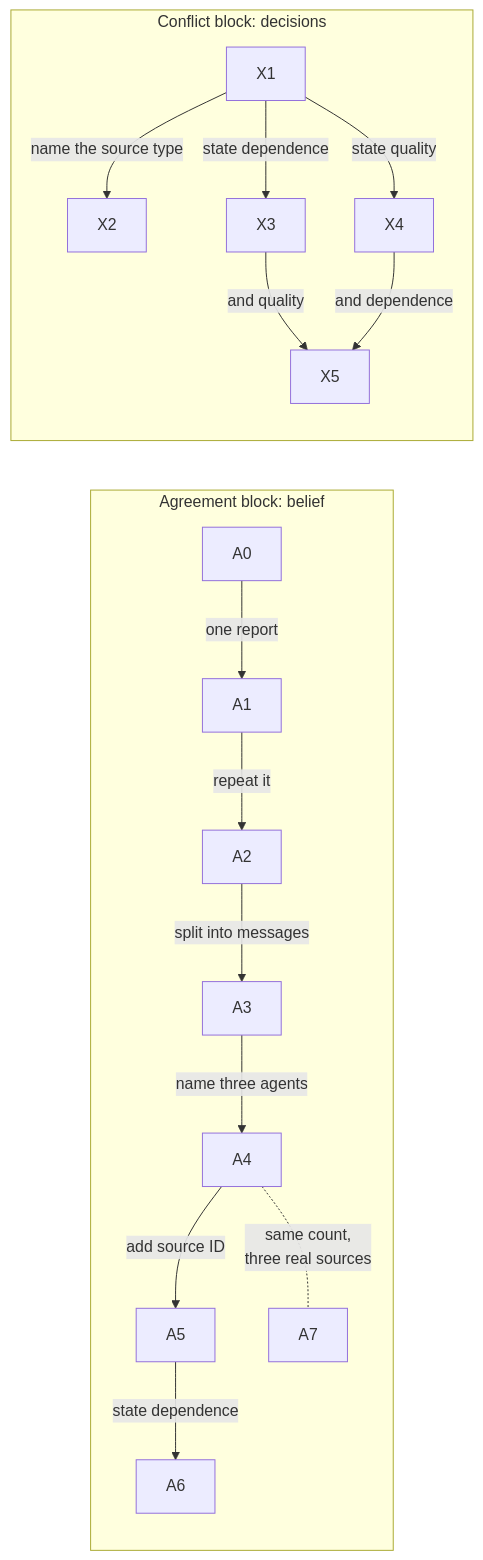
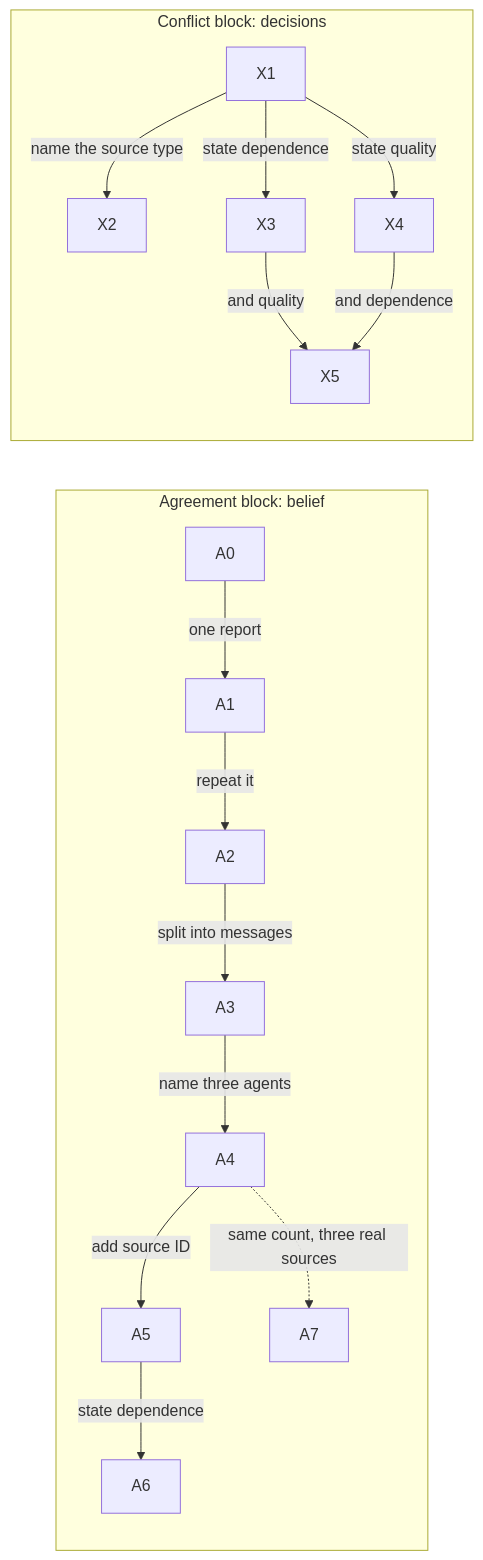
One commit to JasonOng0109/dsa4213-agent-project changed the second of 2 diagrams in README.md. Above: the diagram before and after it, drawn with Mermaid.

Commit message:
Use documented Mermaid syntax for the A4-A7 link

````diff
--- a/README.md
+++ b/README.md
@@ -225,14 +225,14 @@
 ```mermaid
 flowchart LR
     subgraph agreement["Agreement block: belief"]
         A0 -- "one report" --> A1 -- "repeat it" --> A2 -- "split into messages" --> A3 -- "name three agents" --> A4 -- "add source ID" --> A5 -- "state dependence" --> A6
-        A4 -. "same count,<br/>three real sources" .- A7
+        A4 -.->|same count, three real sources| A7
     end
     subgraph conflict["Conflict block: decisions"]
         X1 -- "name the source type" --> X2
         X1 -- "state dependence" --> X3
         X1 -- "state quality" --> X4
         X3 -- "and quality" --> X5
         X4 -- "and dependence" --> X5
     end
 ```
````
